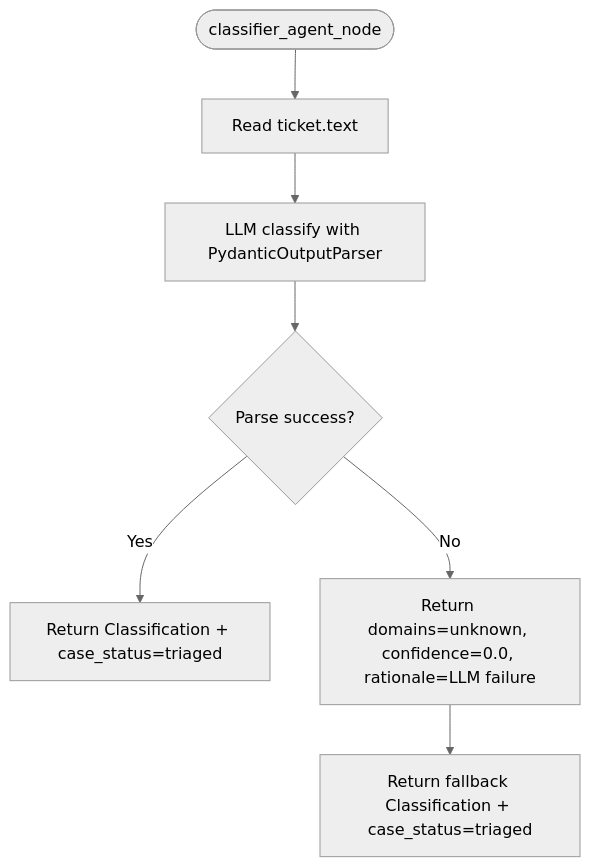
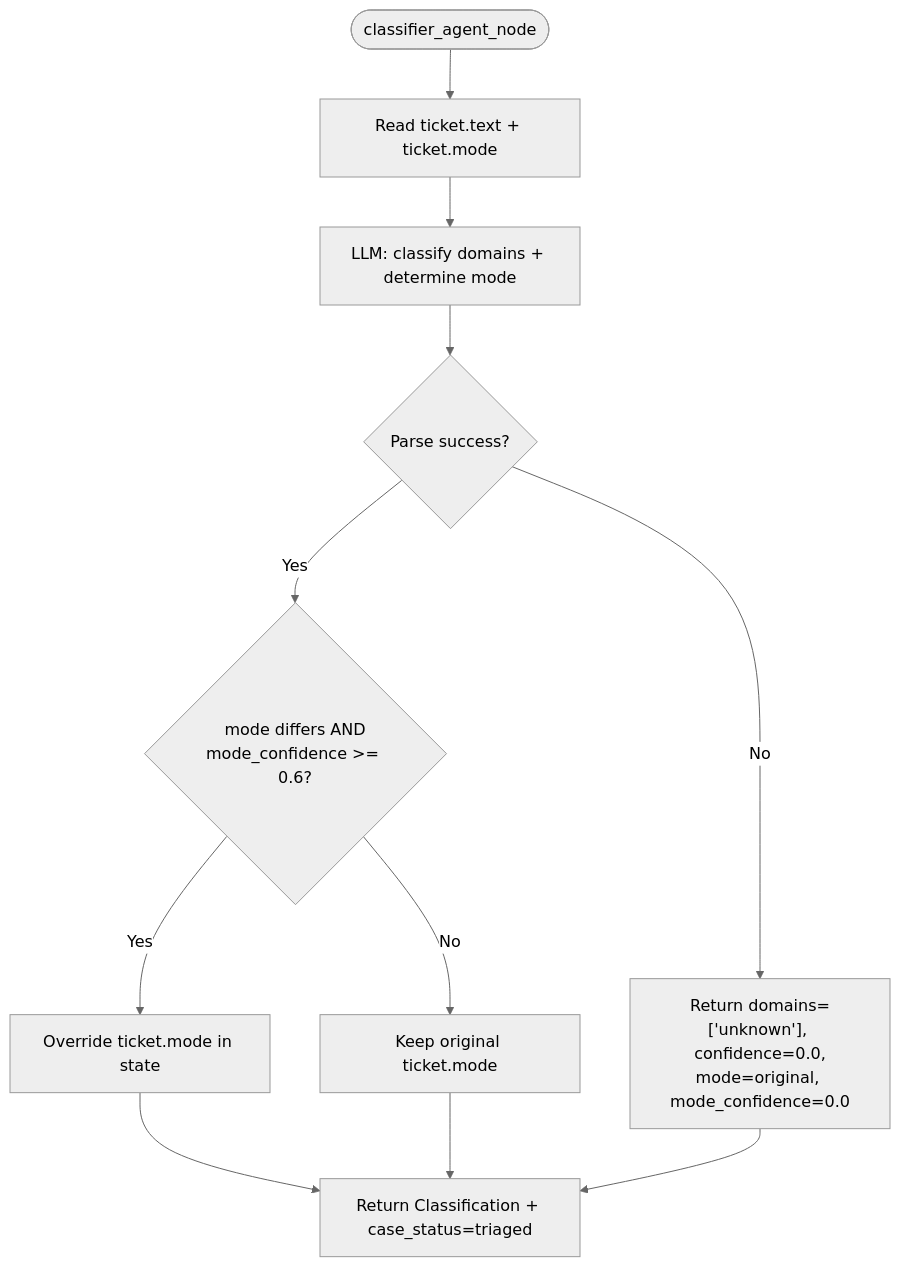
Before and after one commit to jofra02/L8R: the third of 3 diagrams in docs/agents/classifier.md, drawn with Mermaid (neutral theme). The commit also changed other lines of this file and 20 other files, not shown here.

````diff
--- a/docs/agents/classifier.md
+++ b/docs/agents/classifier.md
@@ -26,9 +198,13 @@
 ```mermaid
 flowchart TD
-    START([classifier_agent_node]) --> READ[Read ticket.text]
-    READ --> LLM[LLM classify with PydanticOutputParser]
+    START([classifier_agent_node]) --> READ[Read ticket.text + ticket.mode]
+    READ --> LLM["LLM: classify domains + determine mode"]
     LLM --> PARSE{Parse success?}
-    PARSE -- Yes --> RESULT[Return Classification + case_status=triaged]
-    PARSE -- No --> FALLBACK[Return domains=unknown, confidence=0.0, rationale=LLM failure]
-    FALLBACK --> RESULT_FB[Return fallback Classification + case_status=triaged]
+    PARSE -- Yes --> CONF{mode differs AND<br/>mode_confidence >= 0.6?}
+    CONF -- Yes --> OVERRIDE["Override ticket.mode in state"]
+    CONF -- No --> KEEP["Keep original ticket.mode"]
+    OVERRIDE --> RESULT[Return Classification + case_status=triaged]
+    KEEP --> RESULT
+    PARSE -- No --> FALLBACK["Return domains=['unknown'], confidence=0.0,<br/>mode=original, mode_confidence=0.0"]
+    FALLBACK --> RESULT
 ```
````
